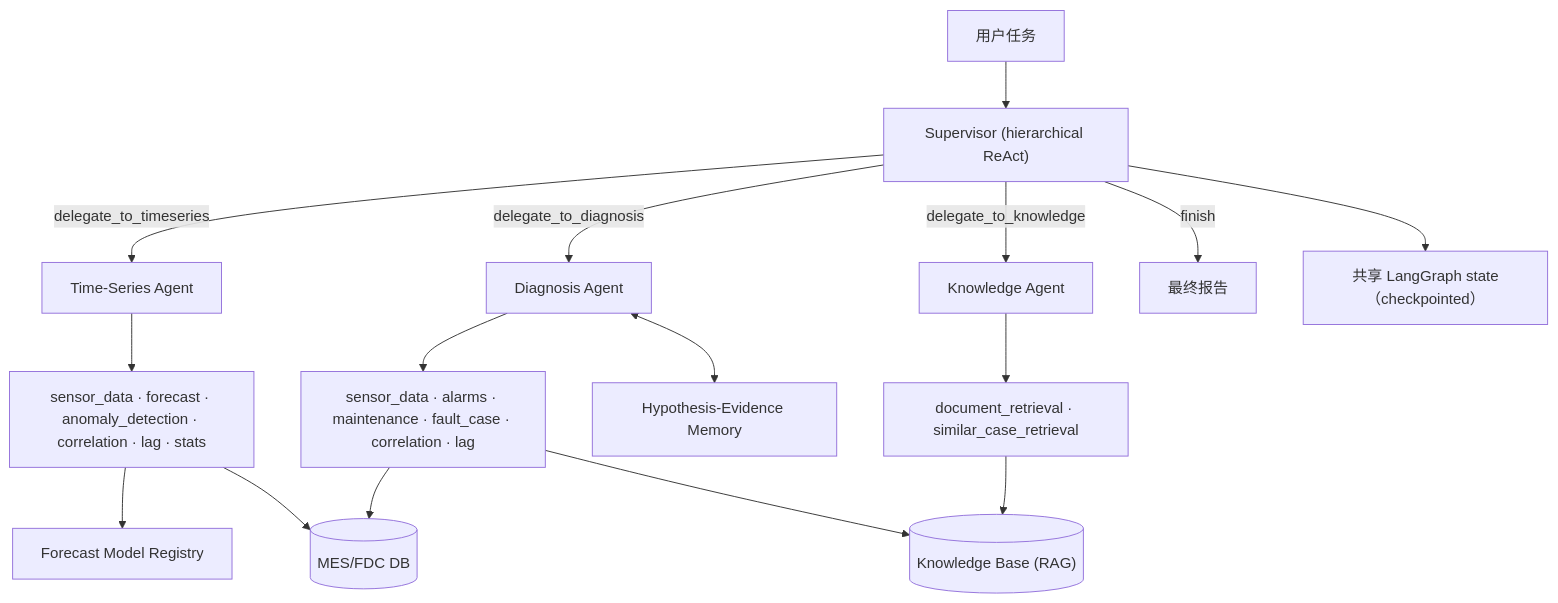
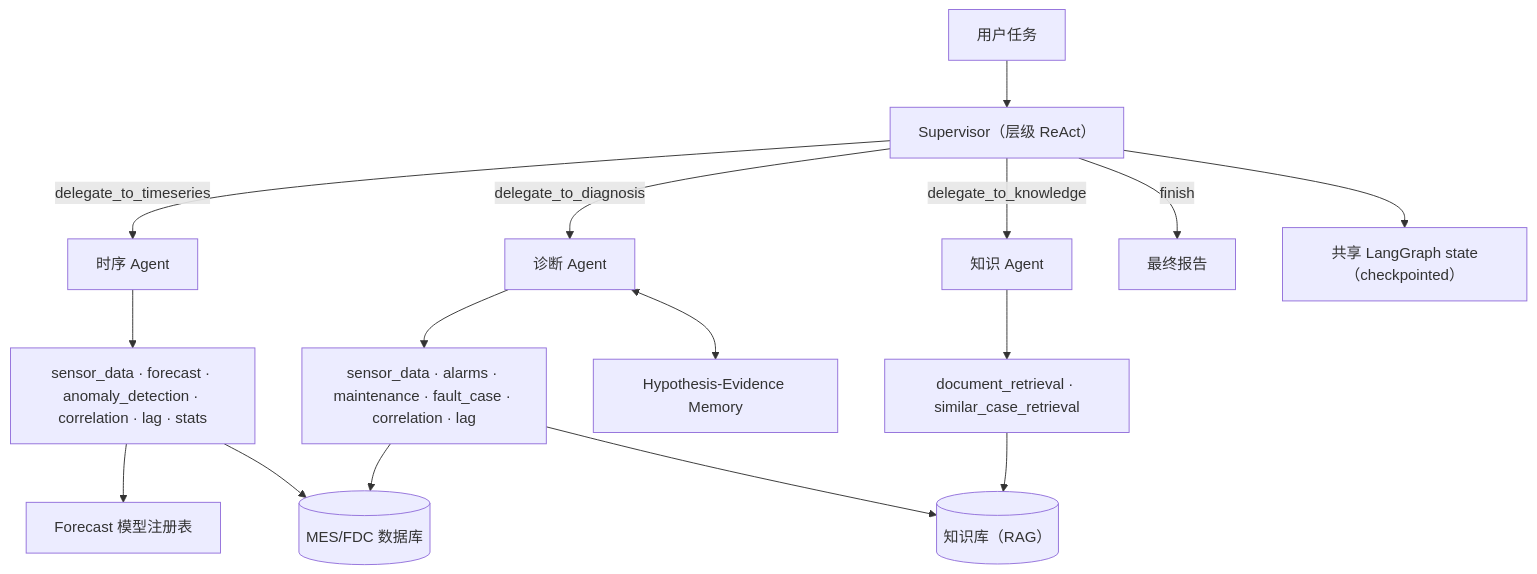
One commit to ChenYan7120/FabPilot changed the diagram in README.md. Above: the diagram before and after it, drawn with Mermaid. The commit also changed other lines of this file and 3 other files, not shown here.

````diff
--- a/README.md
+++ b/README.md
@@ -35,22 +35,22 @@
 ```mermaid
 flowchart TB
-    USER["用户任务"] --> SUP["Supervisor (hierarchical ReAct)"]
+    USER["用户任务"] --> SUP["Supervisor（层级 ReAct）"]
 
-    SUP -->|delegate_to_timeseries| TS["Time-Series Agent"]
-    SUP -->|delegate_to_diagnosis| DX["Diagnosis Agent"]
-    SUP -->|delegate_to_knowledge| KN["Knowledge Agent"]
+    SUP -->|delegate_to_timeseries| TS["时序 Agent"]
+    SUP -->|delegate_to_diagnosis| DX["诊断 Agent"]
+    SUP -->|delegate_to_knowledge| KN["知识 Agent"]
     SUP -->|finish| OUT["最终报告"]
 
     TS --> TST["sensor_data · forecast · anomaly_detection · correlation · lag · stats"]
     DX --> DXT["sensor_data · alarms · maintenance · fault_case · correlation · lag"]
     DX <--> MEM["Hypothesis-Evidence Memory"]
     KN --> KNT["document_retrieval · similar_case_retrieval"]
 
-    TST --> REG["Forecast Model Registry"]
-    TST --> DB[("MES/FDC DB")]
+    TST --> REG["Forecast 模型注册表"]
+    TST --> DB[("MES/FDC 数据库")]
     DXT --> DB
-    KNT --> KB[("Knowledge Base (RAG)")]
+    KNT --> KB[("知识库（RAG）")]
     DXT --> KB
 
     SUP --> STATE["共享 LangGraph state（checkpointed）"]
 ```
````
